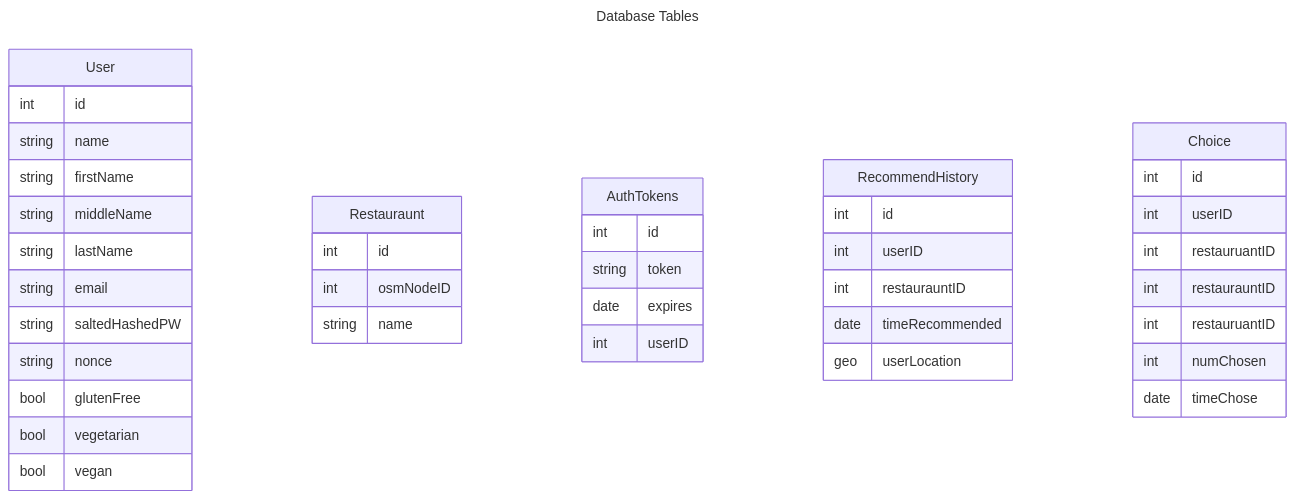
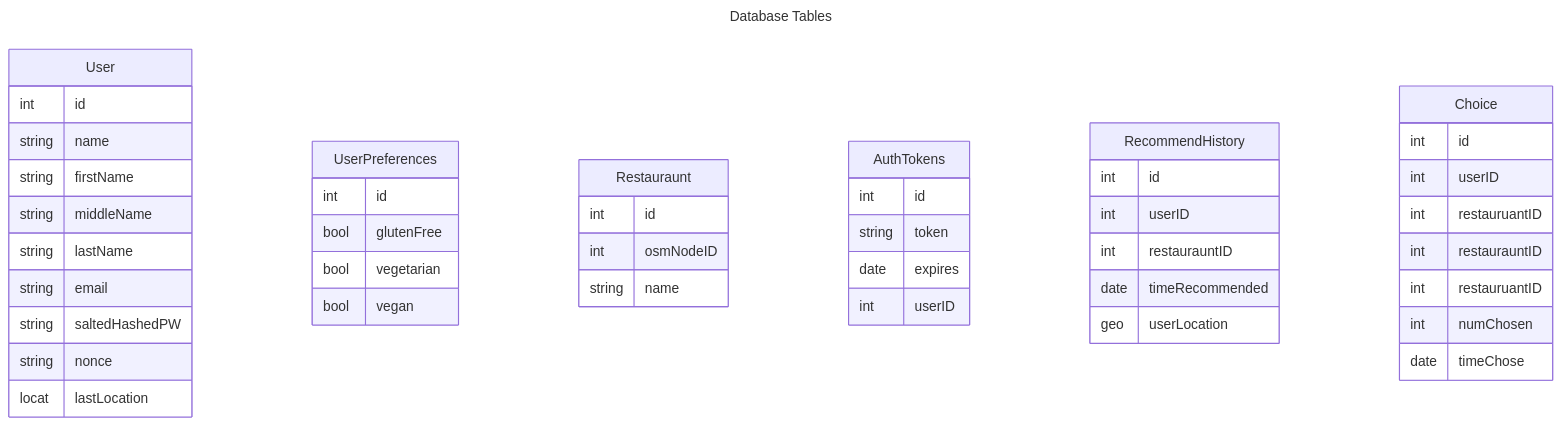
The diagram in backend/dbDocs/db_tables.md (H6NG/FlavourFinder), drawn with Mermaid before and after one commit.

Commit message:
new UserPreferences Table

````diff
--- a/backend/dbDocs/db_tables.md
+++ b/backend/dbDocs/db_tables.md
@@ -6,46 +6,50 @@
 ```mermaid
 ---
 title: Database Tables
 ---
 erDiagram
     User {
     	int		id
         string	name
 		string 	firstName
 		string	middleName
 		string	lastName
         string	email
         string	saltedHashedPW
         string  nonce
-        bool	glutenFree
+		locat	lastLocation
+    }
+	UserPreferences {
+		int id
+		bool	glutenFree
         bool	vegetarian
         bool	vegan
-    }
+	}
 	Restauraunt {
     	int 	id
 		int		osmNodeID
         string	name
     }
     AuthTokens {
     	int		id
         string	token
         date	expires
         int		userID
     }
 	RecommendHistory {
     	int		id
         int		userID
         int		restaurauntID
         date	timeRecommended
         geo		userLocation
     }
     Choice {
         int 	id
         int		userID
         int		restauruantID
         int		restaurauntID
         int		restauruantID
         int		numChosen
         date	timeChose
     }
 ```
````
